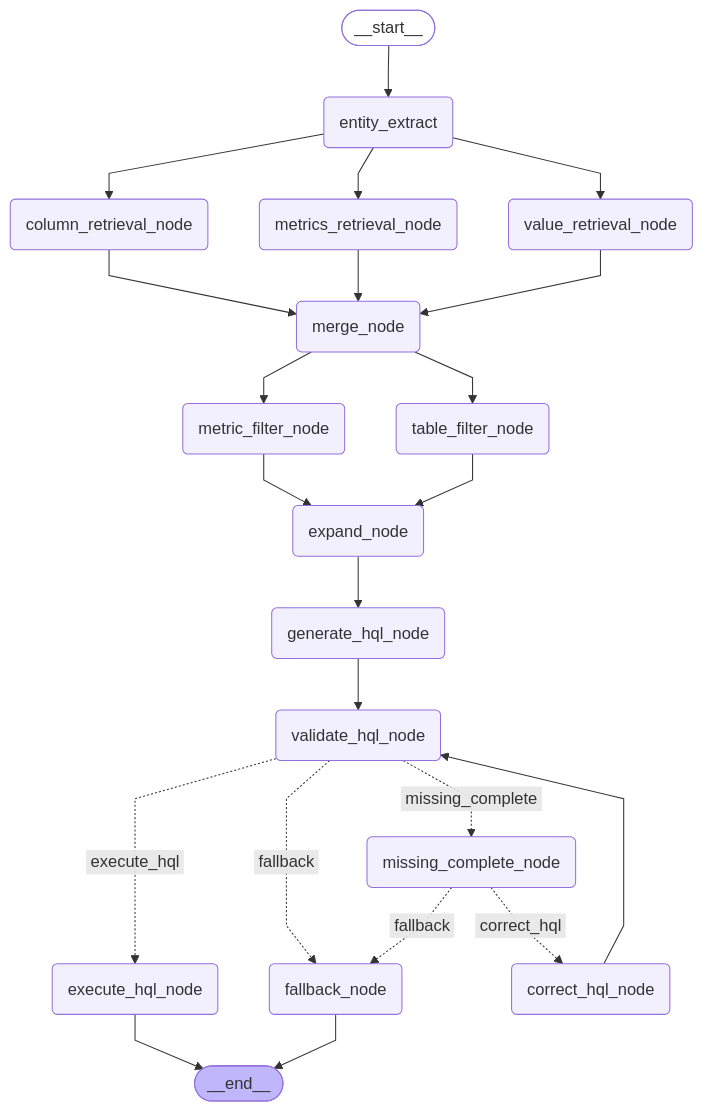
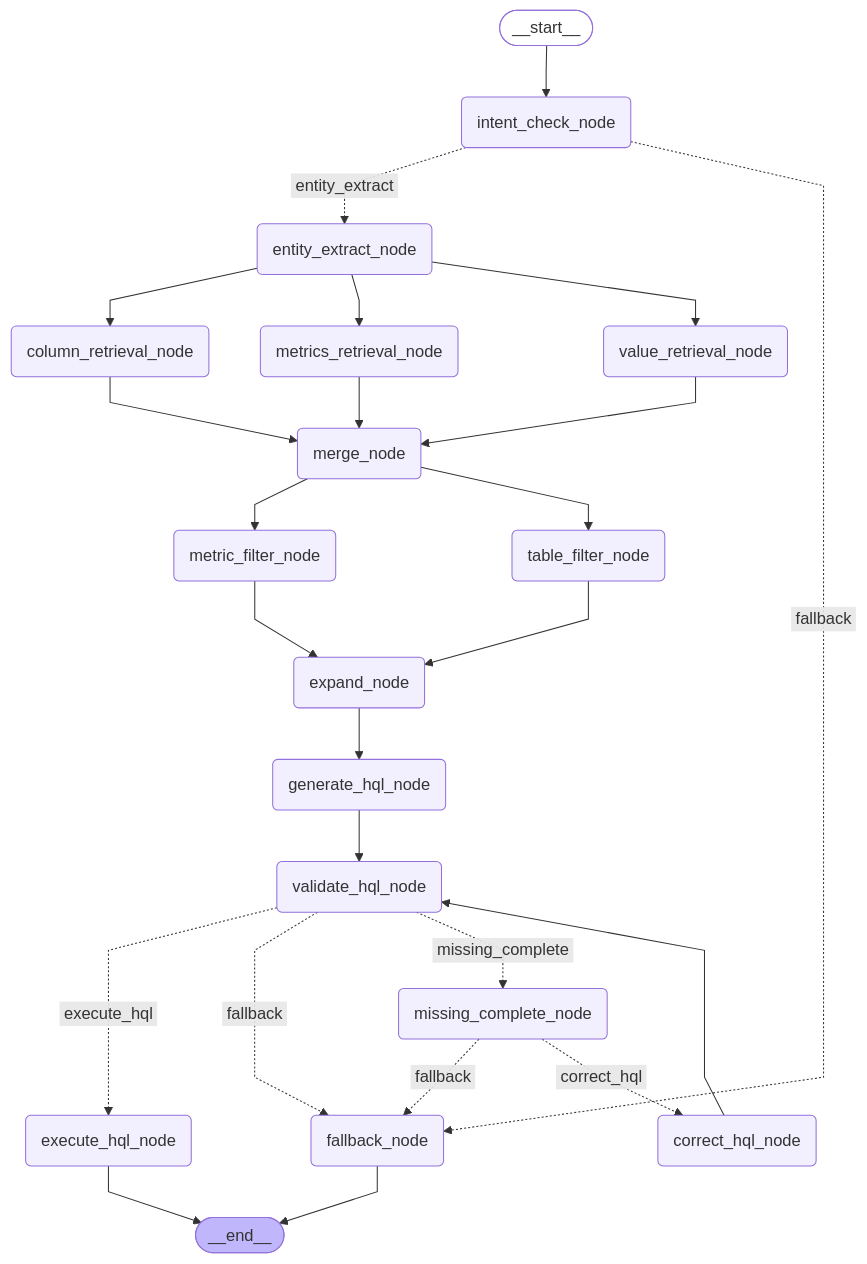
One commit to zs2731070169-web/smart_data_analysis changed the diagram in geaph.mmd. Above: the diagram before and after it, drawn with Mermaid. The commit also changed 39 other files, not shown here.

Commit message:
新增 FastAPI 接口层、意图检测节点、最终评估节点及相关重构

```diff
--- a/geaph.mmd
+++ b/geaph.mmd
@@ -1,46 +1,49 @@
 ---
 config:
   flowchart:
     curve: linear
 ---
 graph TD;
 	__start__([<p>__start__</p>]):::first
-	entity_extract(entity_extract)
+	intent_check_node(intent_check_node)
+	entity_extract_node(entity_extract_node)
 	column_retrieval_node(column_retrieval_node)
 	metrics_retrieval_node(metrics_retrieval_node)
 	value_retrieval_node(value_retrieval_node)
 	merge_node(merge_node)
 	table_filter_node(table_filter_node)
 	metric_filter_node(metric_filter_node)
 	expand_node(expand_node)
 	generate_hql_node(generate_hql_node)
 	validate_hql_node(validate_hql_node)
 	missing_complete_node(missing_complete_node)
 	correct_hql_node(correct_hql_node)
 	execute_hql_node(execute_hql_node)
 	fallback_node(fallback_node)
 	__end__([<p>__end__</p>]):::last
-	__start__ --> entity_extract;
+	__start__ --> intent_check_node;
+	intent_check_node -. &nbsp;entity_extract&nbsp; .-> entity_extract_node;
+	intent_check_node -. &nbsp;fallback&nbsp; .-> fallback_node;
+	entity_extract_node --> column_retrieval_node;
+	entity_extract_node --> metrics_retrieval_node;
+	entity_extract_node --> value_retrieval_node;
 	column_retrieval_node --> merge_node;
 	correct_hql_node --> validate_hql_node;
-	entity_extract --> column_retrieval_node;
-	entity_extract --> metrics_retrieval_node;
-	entity_extract --> value_retrieval_node;
 	expand_node --> generate_hql_node;
 	generate_hql_node --> validate_hql_node;
 	merge_node --> metric_filter_node;
 	merge_node --> table_filter_node;
 	metric_filter_node --> expand_node;
 	metrics_retrieval_node --> merge_node;
 	missing_complete_node -. &nbsp;fallback&nbsp; .-> fallback_node;
 	missing_complete_node -. &nbsp;correct_hql&nbsp; .-> correct_hql_node;
 	table_filter_node --> expand_node;
 	validate_hql_node -. &nbsp;execute_hql&nbsp; .-> execute_hql_node;
 	validate_hql_node -. &nbsp;fallback&nbsp; .-> fallback_node;
 	validate_hql_node -. &nbsp;missing_complete&nbsp; .-> missing_complete_node;
 	value_retrieval_node --> merge_node;
 	execute_hql_node --> __end__;
 	fallback_node --> __end__;
 	classDef default fill:#f2f0ff,line-height:1.2
 	classDef first fill-opacity:0
 	classDef last fill:#bfb6fc
```
